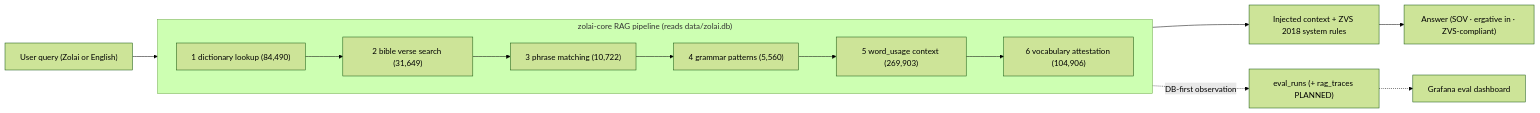
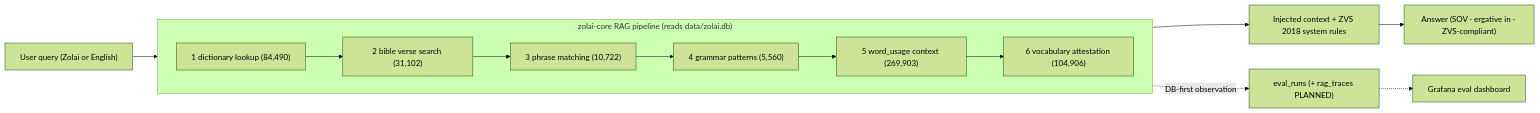
The second of 2 diagrams in docs/architecture/integrations.md (Zolai-AI/.github), drawn with Mermaid (forest theme) before and after one commit. The commit also changed 20 other files, not shown here.

````diff
--- a/docs/architecture/integrations.md
+++ b/docs/architecture/integrations.md
@@ -81,18 +81,18 @@
 ```mermaid
 flowchart LR
   Q["User query (Zolai or English)"] --> P
   subgraph P["zolai-core RAG pipeline (reads data/zolai.db)"]
     direction LR
     R1["1 dictionary lookup (84,490)"]
-    R2["2 bible verse search (31,649)"]
+    R2["2 bible verse search (31,102)"]
     R3["3 phrase matching (10,722)"]
     R4["4 grammar patterns (5,560)"]
     R5["5 word_usage context (269,903)"]
     R6["6 vocabulary attestation (104,906)"]
     R1 --> R2 --> R3 --> R4 --> R5 --> R6
   end
   P --> CTX["Injected context + ZVS 2018 system rules"]
   CTX --> RESP["Answer (SOV · ergative in · ZVS-compliant)"]
   P -.->|"DB-first observation"| EV["eval_runs (+ rag_traces PLANNED)"]
   EV -.-> GF3["Grafana eval dashboard"]
 ```
````
